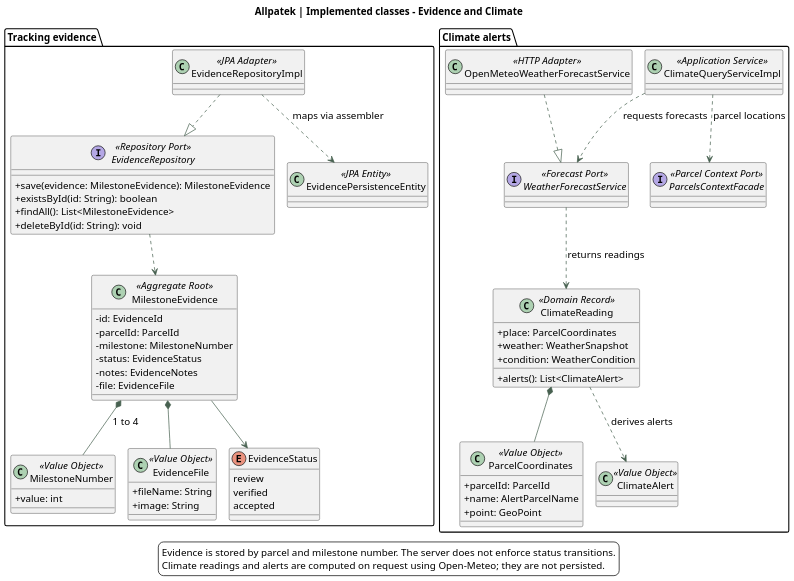
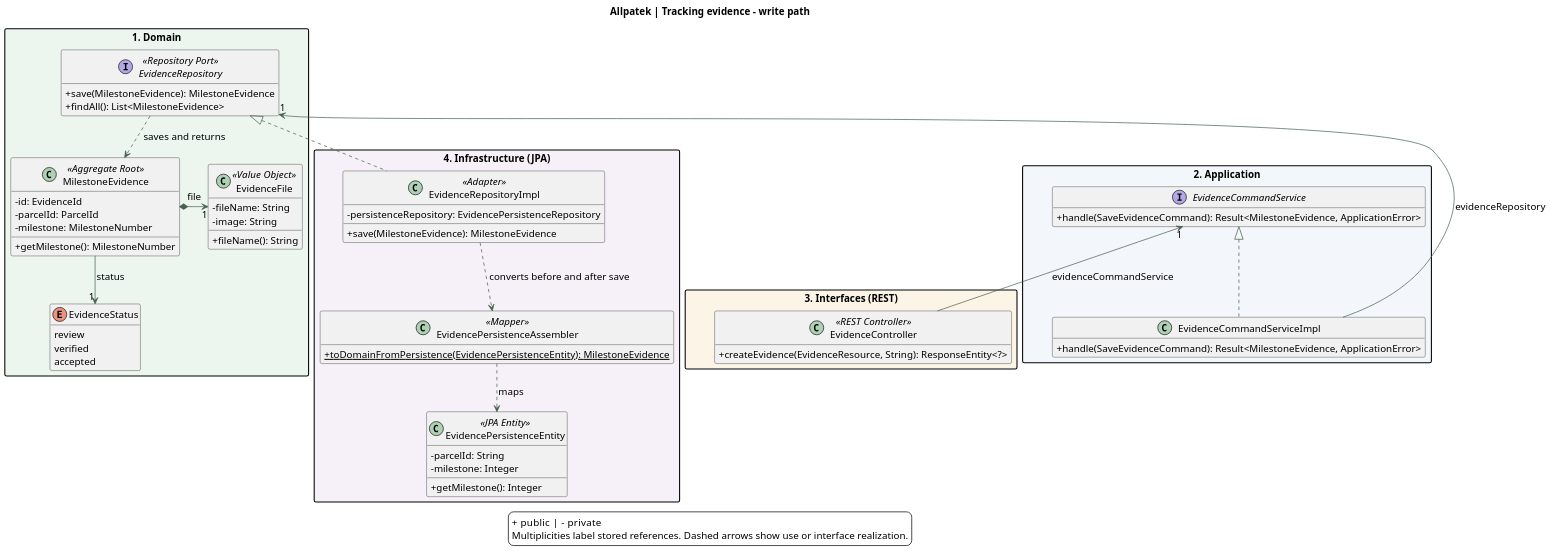
One commit to upc-pre-202620-1asi0729-7753-Terranova/allpatek-report changed the diagram in assets/chapter-04/architecture/12-classes-monitoring.puml. Above: the diagram before and after it, drawn with PlantUML. The commit also changed 6 other files, not shown here.

Commit message:
docs(uml): trace tracking classes across the API and webapp

```diff
--- a/assets/chapter-04/architecture/12-classes-monitoring.puml
+++ b/assets/chapter-04/architecture/12-classes-monitoring.puml
@@ -1,88 +1,80 @@
 @startuml
 !pragma layout smetana
 skinparam backgroundColor white
 skinparam defaultFontName SansSerif
 skinparam defaultFontSize 14
 skinparam shadowing false
 skinparam classAttributeIconSize 0
 skinparam ArrowColor #476050
+skinparam packageStyle rectangle
 skinparam dpi 140
-title Allpatek | Implemented classes - Evidence and Climate
+hide empty members
 top to bottom direction
+title Allpatek | Tracking evidence - write path
 
-package "Tracking evidence" {
+package "1. Domain" as Domain #ECF6EF {
   class MilestoneEvidence <<Aggregate Root>> {
     -id: EvidenceId
     -parcelId: ParcelId
     -milestone: MilestoneNumber
-    -status: EvidenceStatus
-    -notes: EvidenceNotes
-    -file: EvidenceFile
+    +getMilestone(): MilestoneNumber
   }
-
-  class MilestoneNumber <<Value Object>> {
-    +value: int
+  class EvidenceFile <<Value Object>> {
+    -fileName: String
+    -image: String
+    +fileName(): String
   }
-
-  class EvidenceFile <<Value Object>> {
-    +fileName: String
-    +image: String
+  interface EvidenceRepository <<Repository Port>> {
+    +save(MilestoneEvidence): MilestoneEvidence
+    +findAll(): List<MilestoneEvidence>
   }
-
+  MilestoneEvidence *-right-> "1" EvidenceFile : file
+  EvidenceRepository ..> MilestoneEvidence : saves and returns
   enum EvidenceStatus {
     review
     verified
     accepted
   }
-
-  interface EvidenceRepository <<Repository Port>> {
-    +save(evidence: MilestoneEvidence): MilestoneEvidence
-    +existsById(id: String): boolean
-    +findAll(): List<MilestoneEvidence>
-    +deleteById(id: String): void
+  MilestoneEvidence --> "1" EvidenceStatus : status
+}
+package "2. Application" as Application #F3F6FA {
+  interface EvidenceCommandService {
+    +handle(SaveEvidenceCommand): Result<MilestoneEvidence, ApplicationError>
   }
-
-  class EvidenceRepositoryImpl <<JPA Adapter>>
-  class EvidencePersistenceEntity <<JPA Entity>>
-
-  MilestoneEvidence *-- MilestoneNumber : 1 to 4
-  MilestoneEvidence *-- EvidenceFile
-  MilestoneEvidence --> EvidenceStatus
-  EvidenceRepository ..> MilestoneEvidence
-  EvidenceRepositoryImpl ..|> EvidenceRepository
-  EvidenceRepositoryImpl ..> EvidencePersistenceEntity : maps via assembler
+  class EvidenceCommandServiceImpl {
+    +handle(SaveEvidenceCommand): Result<MilestoneEvidence, ApplicationError>
+  }
+  EvidenceCommandService <|.. EvidenceCommandServiceImpl
 }
-
-package "Climate alerts" {
-  class ClimateQueryServiceImpl <<Application Service>>
-  interface ParcelsContextFacade <<Parcel Context Port>>
-  interface WeatherForecastService <<Forecast Port>>
-  class OpenMeteoWeatherForecastService <<HTTP Adapter>>
-  class ClimateReading <<Domain Record>> {
-    +place: ParcelCoordinates
-    +weather: WeatherSnapshot
-    +condition: WeatherCondition
-    +alerts(): List<ClimateAlert>
+package "3. Interfaces (REST)" as Interfaces #FDF4E8 {
+  class EvidenceController <<REST Controller>> {
+    +createEvidence(EvidenceResource, String): ResponseEntity<?>
   }
-
-  class ParcelCoordinates <<Value Object>> {
-    +parcelId: ParcelId
-    +name: AlertParcelName
-    +point: GeoPoint
+}
+package "4. Infrastructure (JPA)" as Infrastructure #F6F1F8 {
+  class EvidenceRepositoryImpl <<Adapter>> {
+    -persistenceRepository: EvidencePersistenceRepository
+    +save(MilestoneEvidence): MilestoneEvidence
   }
-
-  class ClimateAlert <<Value Object>>
-
-  ClimateQueryServiceImpl ..> ParcelsContextFacade : parcel locations
-  ClimateQueryServiceImpl ..> WeatherForecastService : requests forecasts
-  WeatherForecastService ..> ClimateReading : returns readings
-  OpenMeteoWeatherForecastService ..|> WeatherForecastService
-  ClimateReading *-- ParcelCoordinates
-  ClimateReading ..> ClimateAlert : derives alerts
+  class EvidencePersistenceAssembler <<Mapper>> {
+    {static} +toDomainFromPersistence(EvidencePersistenceEntity): MilestoneEvidence
+  }
+  class EvidencePersistenceEntity <<JPA Entity>> {
+    -parcelId: String
+    -milestone: Integer
+    +getMilestone(): Integer
+  }
+  EvidenceRepositoryImpl ..> EvidencePersistenceAssembler : converts before and after save
+  EvidencePersistenceAssembler ..> EvidencePersistenceEntity : maps
 }
+EvidenceRepository "1" <-- EvidenceCommandServiceImpl : evidenceRepository
+EvidenceRepository <|.. EvidenceRepositoryImpl
+EvidenceCommandService "1" <-- EvidenceController : evidenceCommandService
+Domain -[hidden]down-> Application
+Application -[hidden]down-> Interfaces
 
 legend bottom
-Evidence is stored by parcel and milestone number. The server does not enforce status transitions.
-Climate readings and alerts are computed on request using Open-Meteo; they are not persisted.
++ public  |  - private
+Multiplicities label stored references. Dashed arrows show use or interface realization.
 endlegend
 @enduml
```
